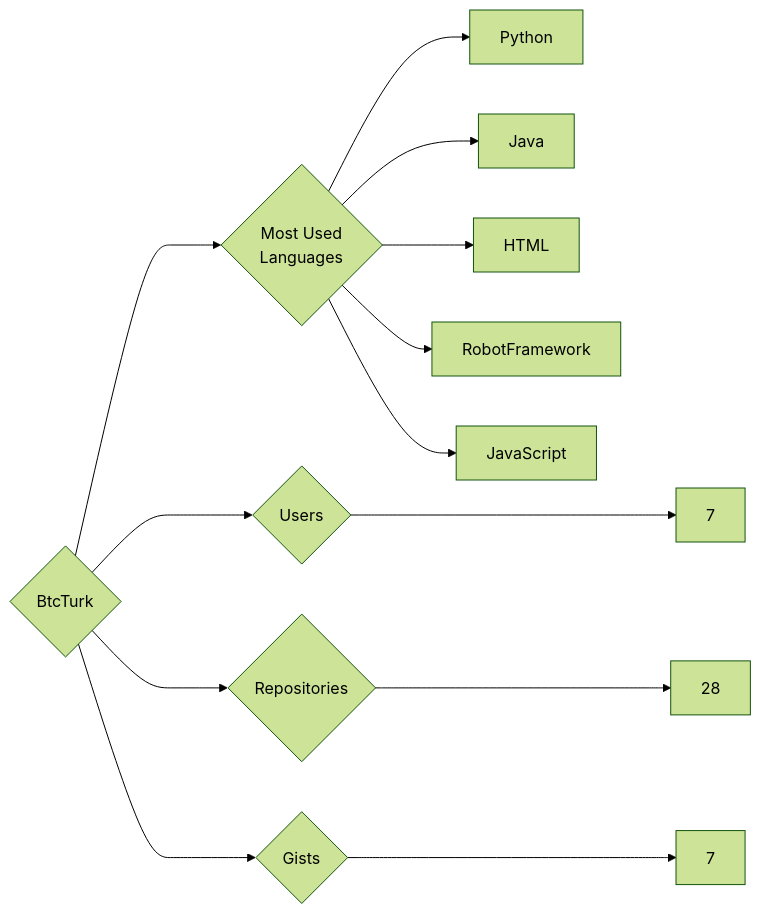
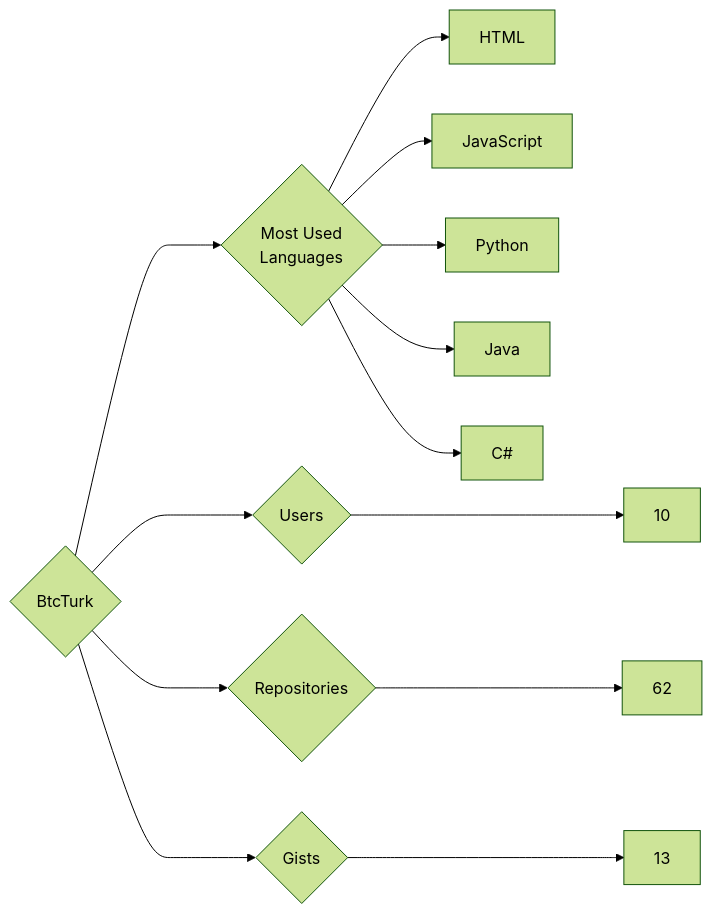
One commit to trickest/insiders changed the diagram in targets/BtcTurk/README.md. Above: the diagram before and after it, drawn with Mermaid (forest theme). The commit also changed 1020 other files, not shown here.

````diff
--- a/targets/BtcTurk/README.md
+++ b/targets/BtcTurk/README.md
@@ -3,13 +3,13 @@
 ```mermaid
 graph LR
 COMPANY_NAME{BtcTurk}
-COMPANY_NAME ---> U{Users} ---> UN[7]
-COMPANY_NAME ---> R{Repositories} ---> RN[28]
-COMPANY_NAME ---> G{Gists} ---> GN[7]
+COMPANY_NAME ---> U{Users} ---> UN[10]
+COMPANY_NAME ---> R{Repositories} ---> RN[62]
+COMPANY_NAME ---> G{Gists} ---> GN[13]
 COMPANY_NAME ---> ML{Most Used<br>Languages}
+ML --> HTML[HTML]
+ML --> JavaScript[JavaScript]
 ML --> Python[Python]
 ML --> Java[Java]
-ML --> HTML[HTML]
-ML --> RobotFramework[RobotFramework]
-ML --> JavaScript[JavaScript]
+ML --> C#[C#]
 ```
````
